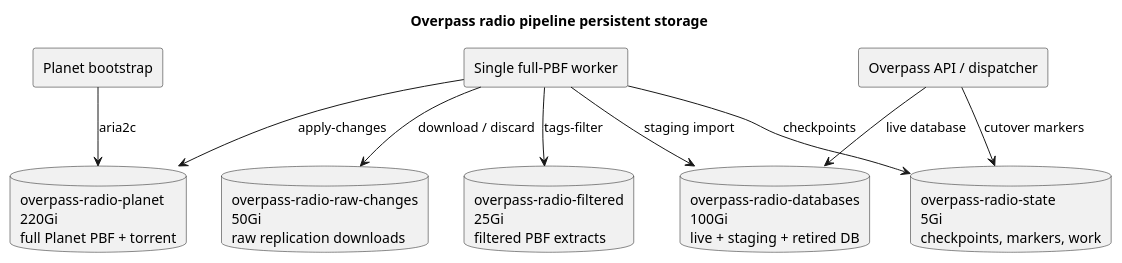
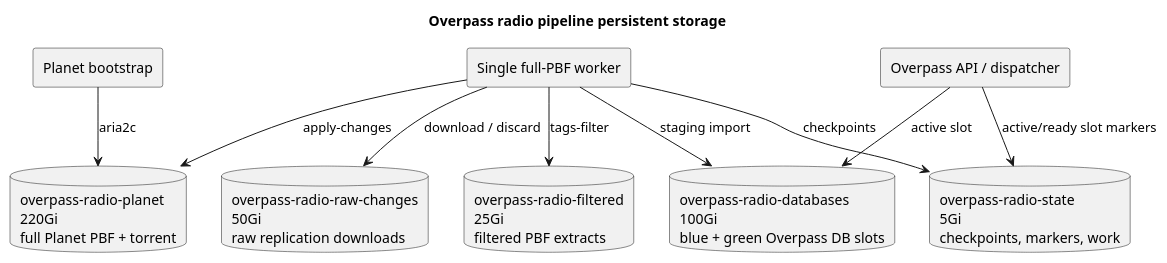
One commit to ea7klk/overpass-radio-replication-server changed the diagram in docs/storage.puml. Above: the diagram before and after it, drawn with PlantUML. The commit also changed 11 other files, not shown here.

Commit message:
Batch replication and add zero-downtime database slots

```diff
--- a/docs/storage.puml
+++ b/docs/storage.puml
@@ -1,24 +1,24 @@
 @startuml
 title Overpass radio pipeline persistent storage
 skinparam shadowing false
 skinparam componentStyle rectangle
 
 database "overpass-radio-planet\n220Gi\nfull Planet PBF + torrent" as planet
 database "overpass-radio-raw-changes\n50Gi\nraw replication downloads" as raw
 database "overpass-radio-filtered\n25Gi\nfiltered PBF extracts" as filtered
-database "overpass-radio-databases\n100Gi\nlive + staging + retired DB" as db
+database "overpass-radio-databases\n100Gi\nblue + green Overpass DB slots" as db
 database "overpass-radio-state\n5Gi\ncheckpoints, markers, work" as state
 
 component "Planet bootstrap" as bootstrap
 component "Single full-PBF worker" as worker
 component "Overpass API / dispatcher" as api
 
 bootstrap --> planet : aria2c
 worker --> planet : apply-changes
 worker --> raw : download / discard
 worker --> filtered : tags-filter
 worker --> db : staging import
 worker --> state : checkpoints
-api --> db : live database
-api --> state : cutover markers
+api --> db : active slot
+api --> state : active/ready slot markers
 @enduml
```
